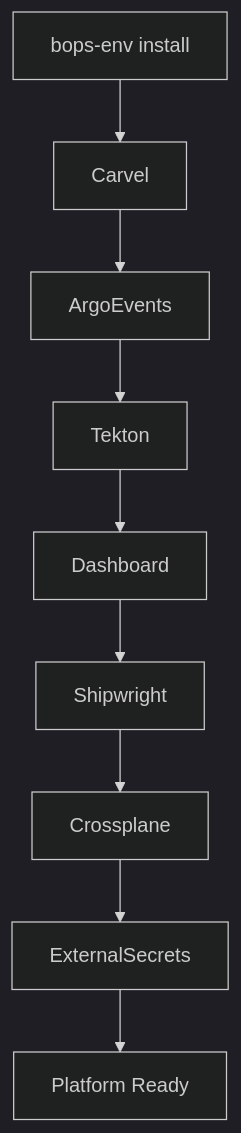
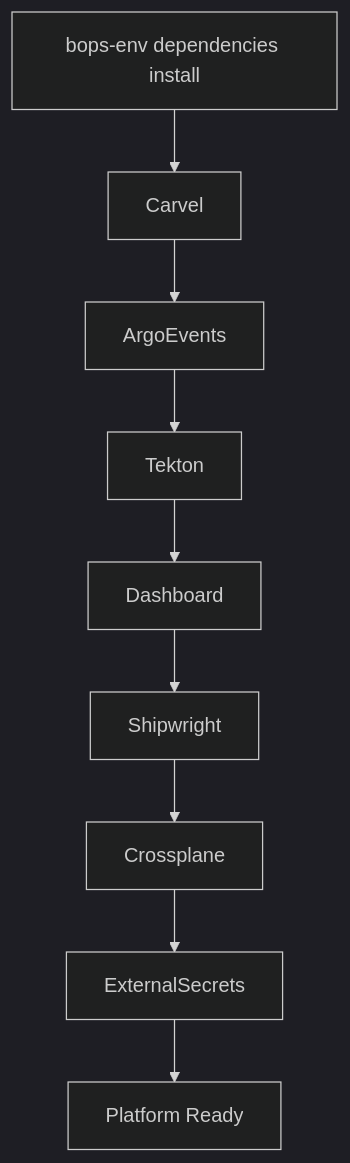
The second of 2 diagrams in README.md (blanketops/environments-cli), drawn with Mermaid (dark theme) before and after one commit. The commit also changed other lines of this file and 2 other files, not shown here.

First line of the commit message:
refactor: separate CLI self-update from operator install/uninstall

````diff
--- a/README.md
+++ b/README.md
@@ -136,11 +181,11 @@
 ```mermaid
 flowchart TD
-    Start[bops-env install] --> Carvel
+    Start[bops-env dependencies install] --> Carvel
     Carvel --> ArgoEvents
     ArgoEvents --> Tekton
     Tekton --> Dashboard
     Dashboard --> Shipwright
     Shipwright --> Crossplane
     Crossplane --> ExternalSecrets
     ExternalSecrets --> Done[Platform Ready]
 ```
````
